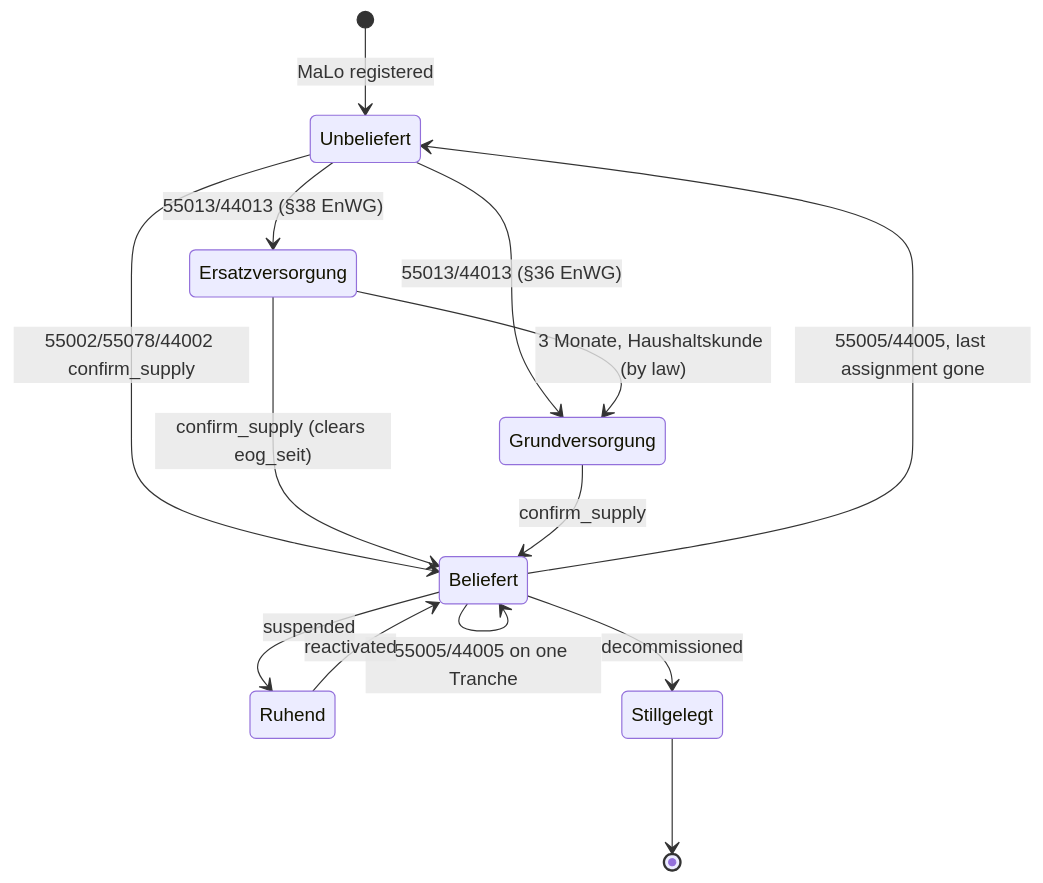
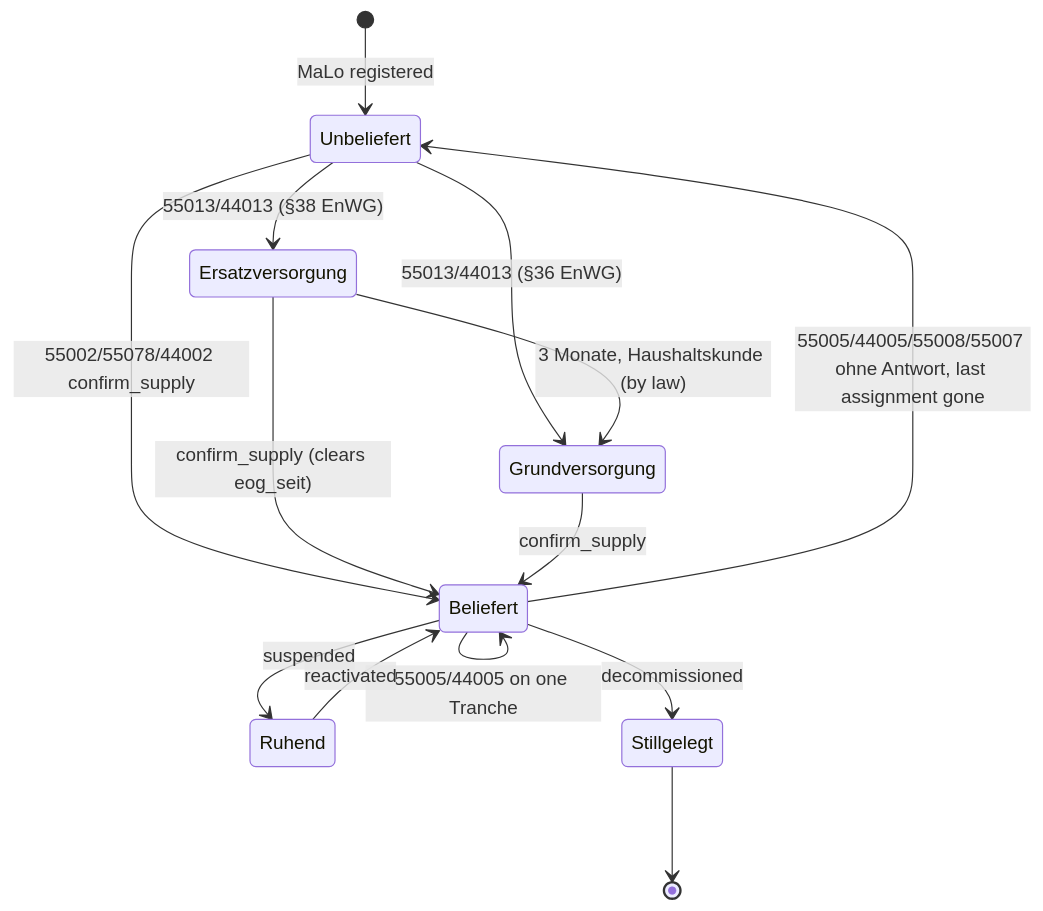
Before and after one commit to hupe1980/mako: the third of 3 diagrams in site/content/docs/services/marktd.md, drawn with Mermaid. The commit also changed other lines of this file and 568 other files, not shown here.

````diff
--- a/site/content/docs/services/marktd.md
+++ b/site/content/docs/services/marktd.md
@@ -928,16 +928,16 @@
 ```mermaid
 stateDiagram-v2
     [*] --> Unbeliefert : MaLo registered
     Unbeliefert --> Beliefert   : 55002/55078/44002 confirm_supply
     Beliefert --> Beliefert     : 55005/44005 on one Tranche
-    Beliefert --> Unbeliefert   : 55005/44005, last assignment gone
+    Beliefert --> Unbeliefert   : 55005/44005/55008/55007 ohne Antwort, last assignment gone
     Unbeliefert --> Ersatzversorgung : 55013/44013 (§38 EnWG)
     Unbeliefert --> Grundversorgung  : 55013/44013 (§36 EnWG)
     Ersatzversorgung --> Grundversorgung : 3 Monate, Haushaltskunde (by law)
     Ersatzversorgung --> Beliefert   : confirm_supply (clears eog_seit)
     Grundversorgung --> Beliefert    : confirm_supply
     Beliefert --> Ruhend    : suspended
     Ruhend --> Beliefert    : reactivated
     Beliefert --> Stillgelegt : decommissioned
     Stillgelegt --> [*]
 ```
````
